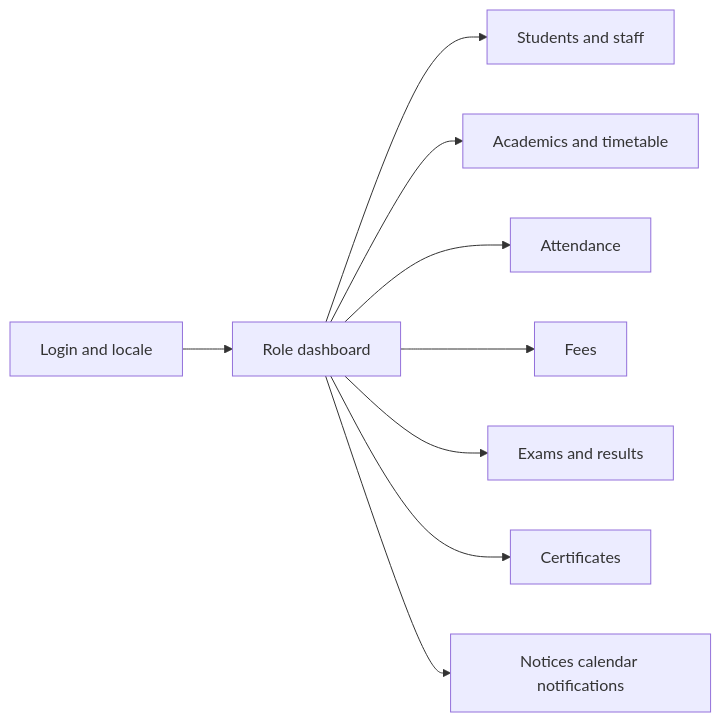
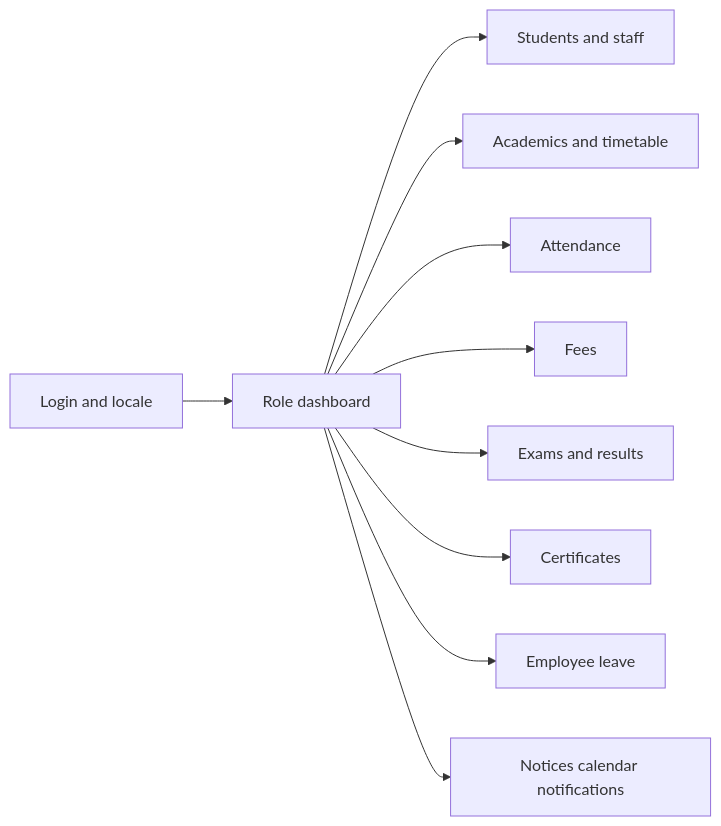
One commit to 92xeeshan/School-Management-System changed the diagram in docs/product/USER_STORIES_SCOPE.md. Above: the diagram before and after it, drawn with Mermaid. The commit also changed other lines of this file and 16 other files, not shown here.

First line of the commit message:
docs: document employee leave management across product and API docs

````diff
--- a/docs/product/USER_STORIES_SCOPE.md
+++ b/docs/product/USER_STORIES_SCOPE.md
@@ -13,11 +13,12 @@
 ```mermaid
 flowchart LR
     Login["Login and locale"] --> Dash["Role dashboard"]
     Dash --> SIS["Students and staff"]
     Dash --> Acad["Academics and timetable"]
     Dash --> Att["Attendance"]
     Dash --> Fees["Fees"]
     Dash --> Exam["Exams and results"]
     Dash --> Cert["Certificates"]
+    Dash --> Leave["Employee leave"]
     Dash --> Comm["Notices calendar notifications"]
 ```
````
